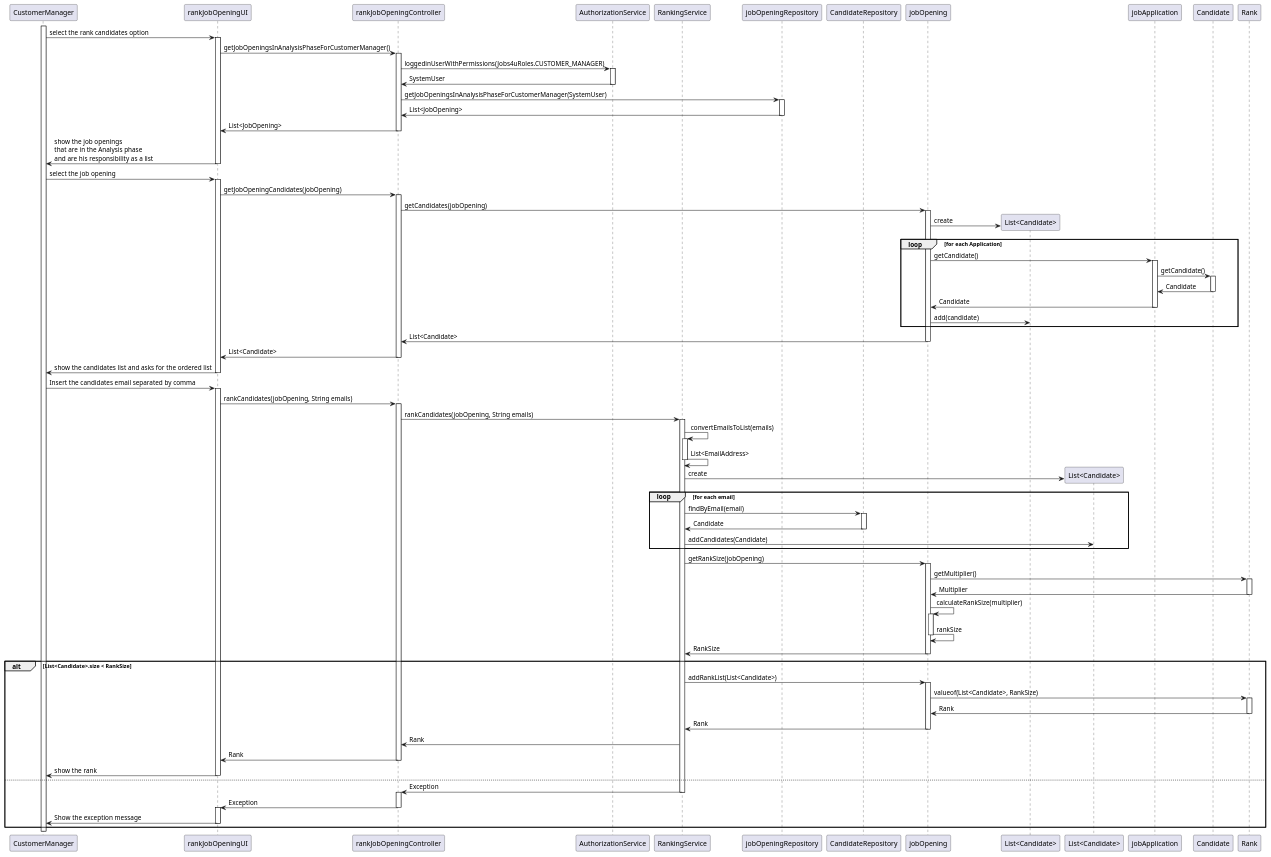
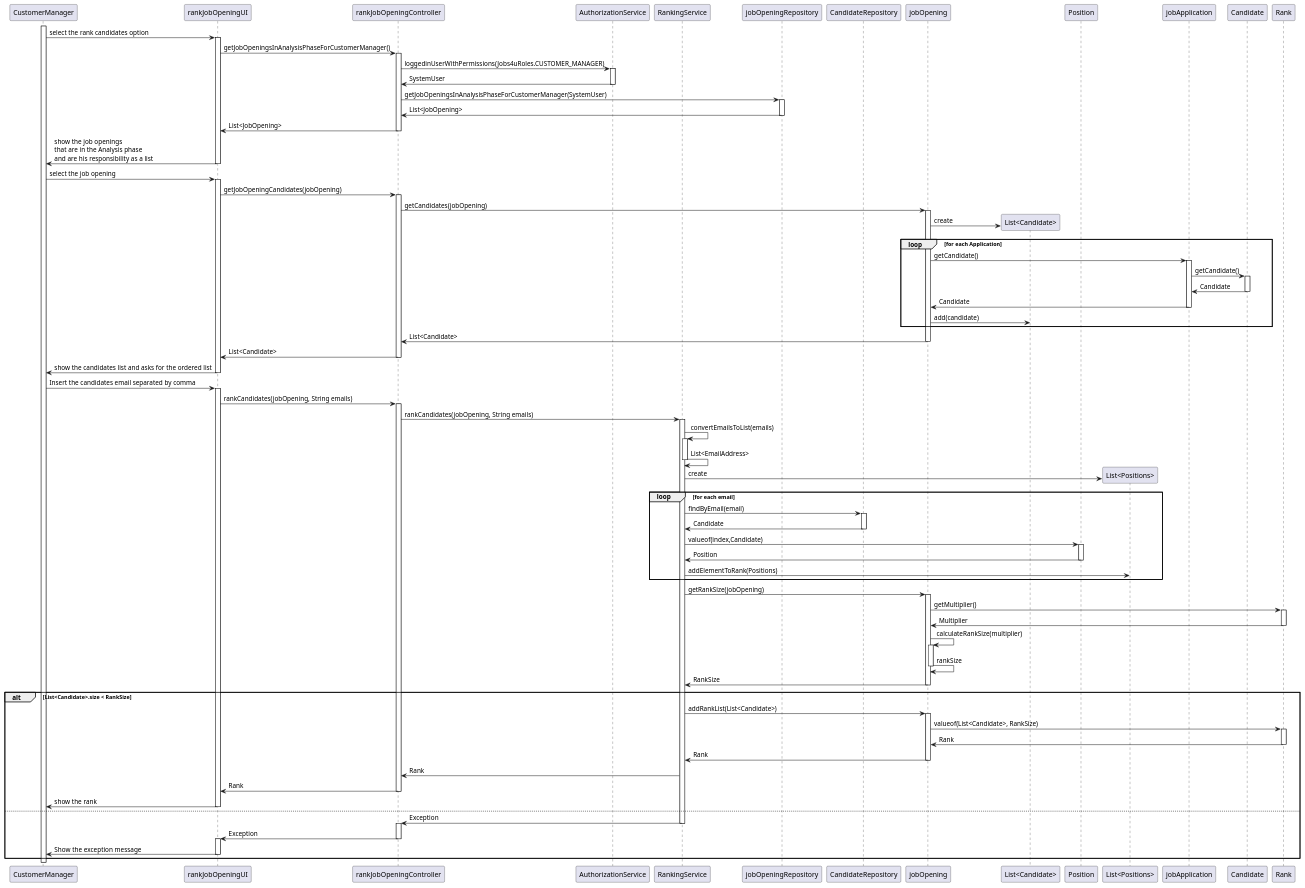
The diagram in docs/SprintC/us1013/SD/sd.puml (Rodrick0209/ISEP-SEM4PI-23-24), drawn with PlantUML before and after one commit. The commit also changed 11 other files, not shown here.

```diff
--- a/docs/SprintC/us1013/SD/sd.puml
+++ b/docs/SprintC/us1013/SD/sd.puml
@@ -1,155 +1,160 @@
 @startuml
 
 participant CustomerManager
 participant rankJobOpeningUI as UI
 participant rankJobOpeningController as controller
 participant "AuthorizationService" as auth
 participant "RankingService" as service
 participant jobOpeningRepository as jrepo
 participant CandidateRepository as crepo
 participant jobOpening as jo
 participant "List<Candidate>" as lc
-participant "List<Candidate>" as lc1
+participant Position as po
+participant "List<Positions>" as lc1
 participant jobApplication as ja
 participant Candidate as c
 participant Rank as rank
 
 activate CustomerManager
 
 
 CustomerManager -> UI: select the rank candidates option
 activate UI
 UI-> controller: getJobOpeningsInAnalysisPhaseForCustomerManager()
 activate controller
 
 controller->auth: loggedinUserWithPermissions(Jobs4uRoles.CUSTOMER_MANAGER)
 activate auth
 auth->controller: SystemUser
 deactivate auth
 
 controller -> jrepo: getJobOpeningsInAnalysisPhaseForCustomerManager(SystemUser)
 activate jrepo
 jrepo -> controller: List<JobOpening>
 deactivate jrepo
 controller -> UI: List<JobOpening>
 deactivate controller
 
 UI -> CustomerManager: show the job openings \nthat are in the Analysis phase \nand are his responsibility as a list
 deactivate UI
 
 CustomerManager -> UI: select the job opening
 activate UI
 UI -> controller: getJobOpeningCandidates(jobOpening)
 
 activate controller
 
 controller -> jo: getCandidates(jobOpening)
 
 activate jo
 
 jo->lc**: create
 loop for each Application
     jo -> ja: getCandidate()
     activate ja
 
     ja -> c: getCandidate()
     activate c
 
     c -> ja: Candidate
     deactivate c
 
     ja ->jo: Candidate
     deactivate  ja
     jo-> lc:add(candidate)
 end
 
 jo -> controller: List<Candidate>
 deactivate jo
 controller -> UI: List<Candidate>
 deactivate controller
 
 
 UI -> CustomerManager: show the candidates list and asks for the ordered list
 deactivate UI
 CustomerManager-> UI: Insert the candidates email separated by comma
 activate UI
 UI -> controller: rankCandidates(jobOpening, String emails)
 activate controller
 controller -> service: rankCandidates(jobOpening, String emails)
 activate service
 
 
 service -> service: convertEmailsToList(emails)
 activate service
 service -> service: List<EmailAddress>
 deactivate service
 service -> lc1 **: create
 loop for each email
     service -> crepo: findByEmail(email)
     activate crepo
 
     crepo -> service: Candidate
     deactivate crepo
-    service->lc1: addCandidates(Candidate)
+    service->po: valueof(index,Candidate)
+    activate po
+    po -> service: Position
+    deactivate po
+    service->lc1: addElementToRank(Positions)
 end
 
     service -> jo: getRankSize(jobOpening)
     activate jo
     jo->rank: getMultiplier()
     activate rank
     rank -> jo: Multiplier
     deactivate rank
 
     jo -> jo : calculateRankSize(multiplier)
     activate jo
     jo->jo: rankSize
     deactivate jo
 
 
     jo -> service: RankSize
     deactivate jo
 
     alt List<Candidate>.size < RankSize
         service ->jo: addRankList(List<Candidate>)
         activate jo
         jo->rank: valueof(List<Candidate>, RankSize)
         activate rank
 
         rank -> jo: Rank
         deactivate rank
         jo -> service: Rank
         deactivate jo
 
 
 
 
 
 
 
 
     service -> controller: Rank
 
 
     controller -> UI:Rank
     deactivate controller
 
 
     UI -> CustomerManager: show the rank
     deactivate UI
 else
     service -> controller: Exception
     deactivate service
     activate controller
 
 
     controller -> UI:Exception
     deactivate controller
     activate UI
     deactivate controller
 
     UI -> CustomerManager: Show the exception message
     deactivate UI
 
 end
 
 @enduml
```
